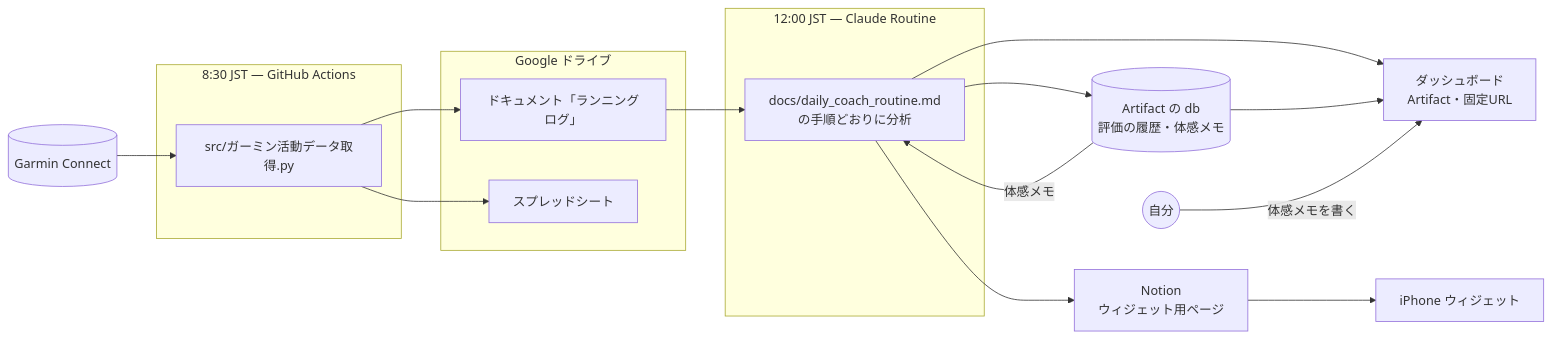
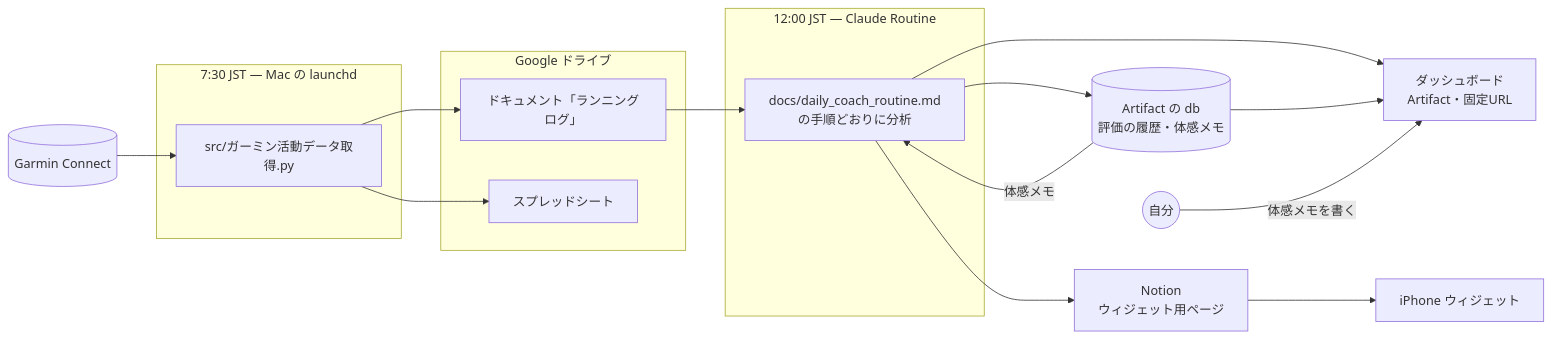
The diagram in README.md (tonpe3141-ctrl/garmin-to-notion), drawn with Mermaid before and after one commit. The commit also changed other lines of this file and 11 other files, not shown here.

First line of the commit message:
毎朝の Garmin 取得を Mac（launchd）に移し、GitHub Actions の予約実行を止める

````diff
--- a/README.md
+++ b/README.md
@@ -11,27 +11,27 @@
 ```mermaid
 graph LR
     Garmin[(Garmin Connect)]
-    subgraph "8:30 JST — GitHub Actions"
+    subgraph "7:30 JST — Mac の launchd"
         Sync[src/ガーミン活動データ取得.py]
     end
     subgraph "Google ドライブ"
         Doc[ドキュメント「ランニングログ」]
         Sheet[スプレッドシート]
     end
     subgraph "12:00 JST — Claude Routine"
         Coach[docs/daily_coach_routine.md<br>の手順どおりに分析]
     end
     Dash[ダッシュボード<br>Artifact・固定URL]
     DB[(Artifact の db<br>評価の履歴・体感メモ)]
     Me((自分))
     NotionPage[Notion<br>ウィジェット用ページ]
     Widget[iPhone ウィジェット]
 
     Garmin --> Sync --> Doc & Sheet
     Doc --> Coach
     Coach --> Dash & DB & NotionPage
     DB --> Dash
     DB -->|体感メモ| Coach
     Me -->|体感メモを書く| Dash
     NotionPage --> Widget
 ```
````
